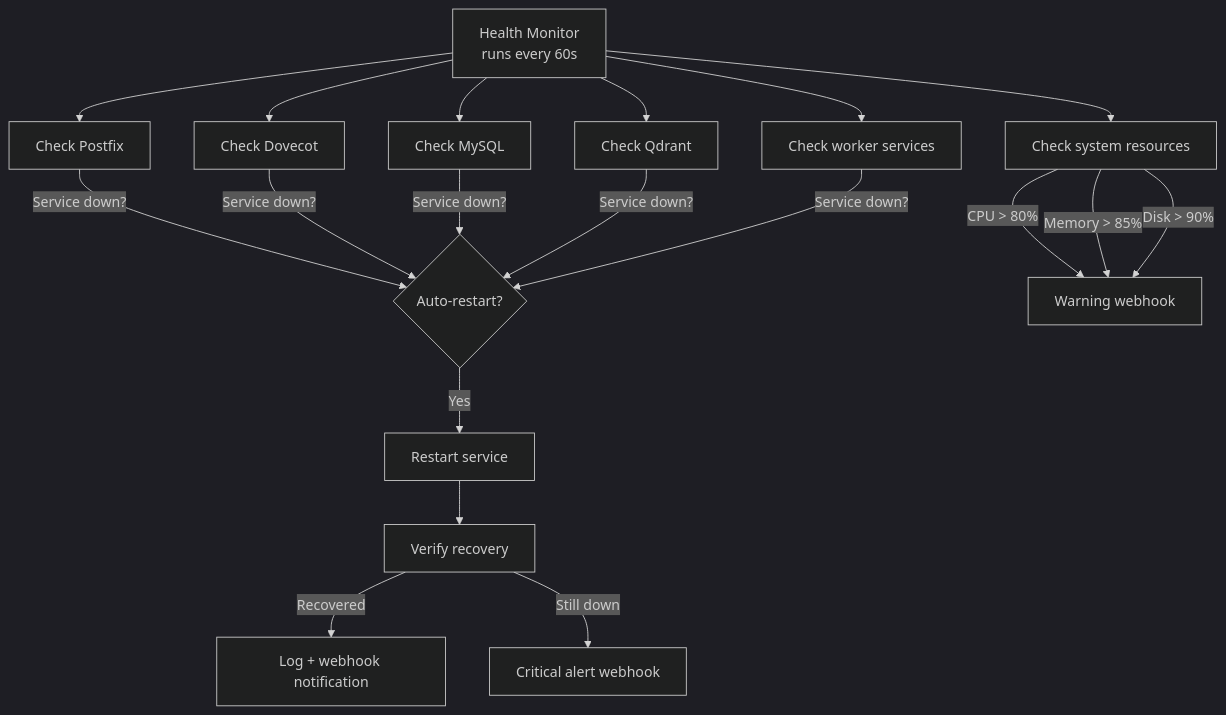
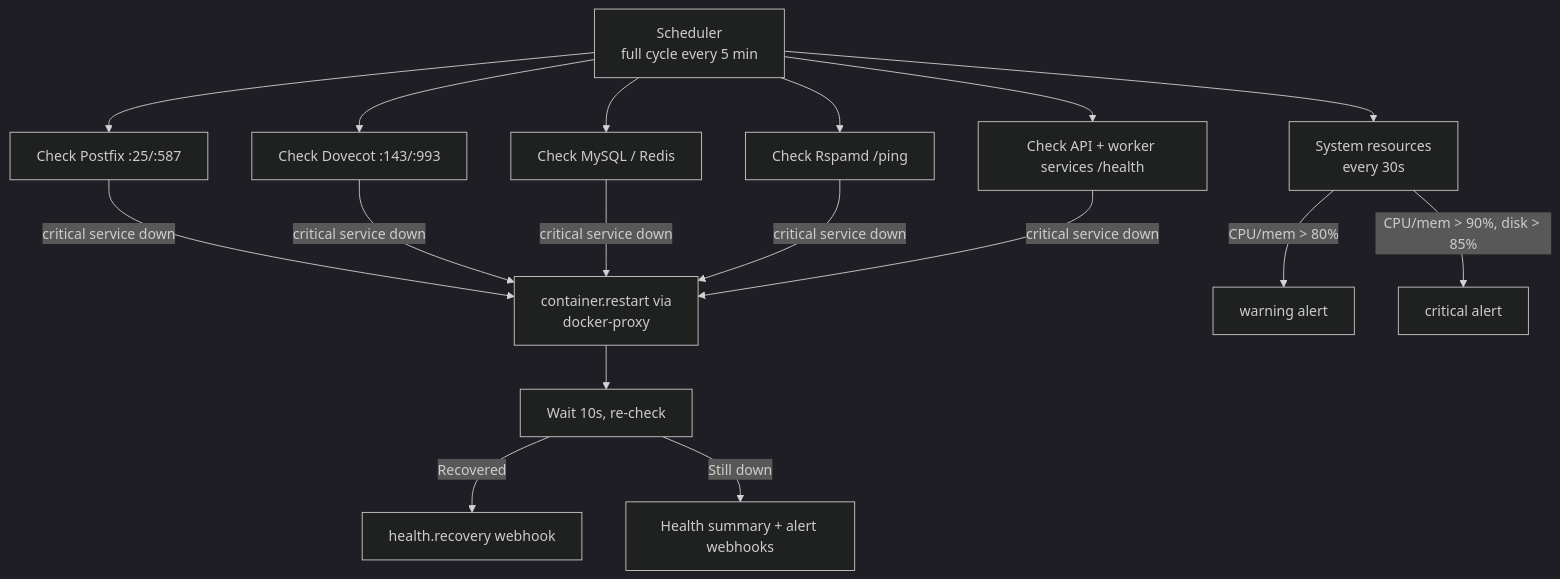
Before and after one commit to Techies-Africa/mailyte-mail-server-community: the diagram in docs/features/auto-healing.md, drawn with Mermaid (dark theme). The commit also changed other lines of this file and 481 other files, not shown here.

````diff
--- a/docs/features/auto-healing.md
+++ b/docs/features/auto-healing.md
@@ -9,19 +9,17 @@
 ```mermaid
 flowchart TD
-    A[Health Monitor\nruns every 60s] --> B[Check Postfix]
-    A --> C[Check Dovecot]
-    A --> D[Check MySQL]
-    A --> E[Check Qdrant]
-    A --> F[Check worker services]
-    A --> G[Check system resources]
+    A[Scheduler\nfull cycle every 5 min] --> B[Check Postfix :25/:587]
+    A --> C[Check Dovecot :143/:993]
+    A --> D[Check MySQL / Redis]
+    A --> E[Check Rspamd /ping]
+    A --> F[Check API + worker services /health]
+    A --> G[System resources\nevery 30s]
 
-    B & C & D & E & F -->|Service down?| H{Auto-restart?}
-    H -->|Yes| I[Restart service]
-    I --> J[Verify recovery]
-    J -->|Recovered| K[Log + webhook notification]
-    J -->|Still down| L[Critical alert webhook]
+    B & C & D & E & F -->|critical service down| H[container.restart via\ndocker-proxy]
+    H --> I[Wait 10s, re-check]
+    I -->|Recovered| J[health.recovery webhook]
+    I -->|Still down| K[Health summary + alert webhooks]
 
-    G -->|CPU > 80%| M[Warning webhook]
-    G -->|Memory > 85%| M
-    G -->|Disk > 90%| M
+    G -->|CPU/mem > 80%| L[warning alert]
+    G -->|CPU/mem > 90%, disk > 85%| M[critical alert]
 ```
````
